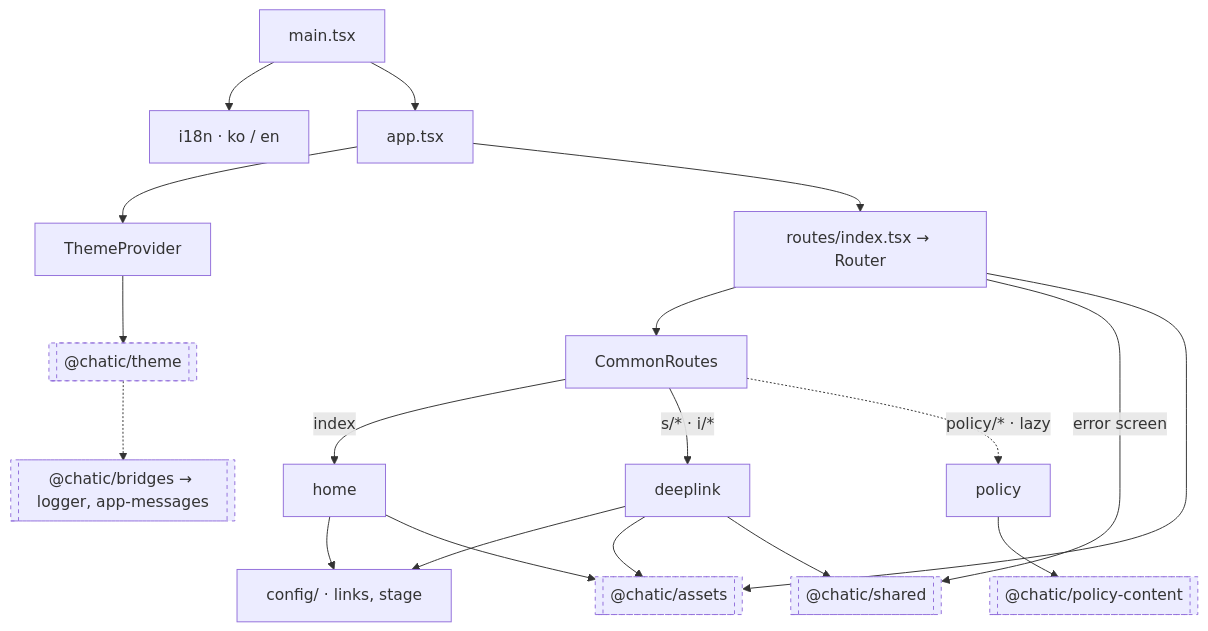
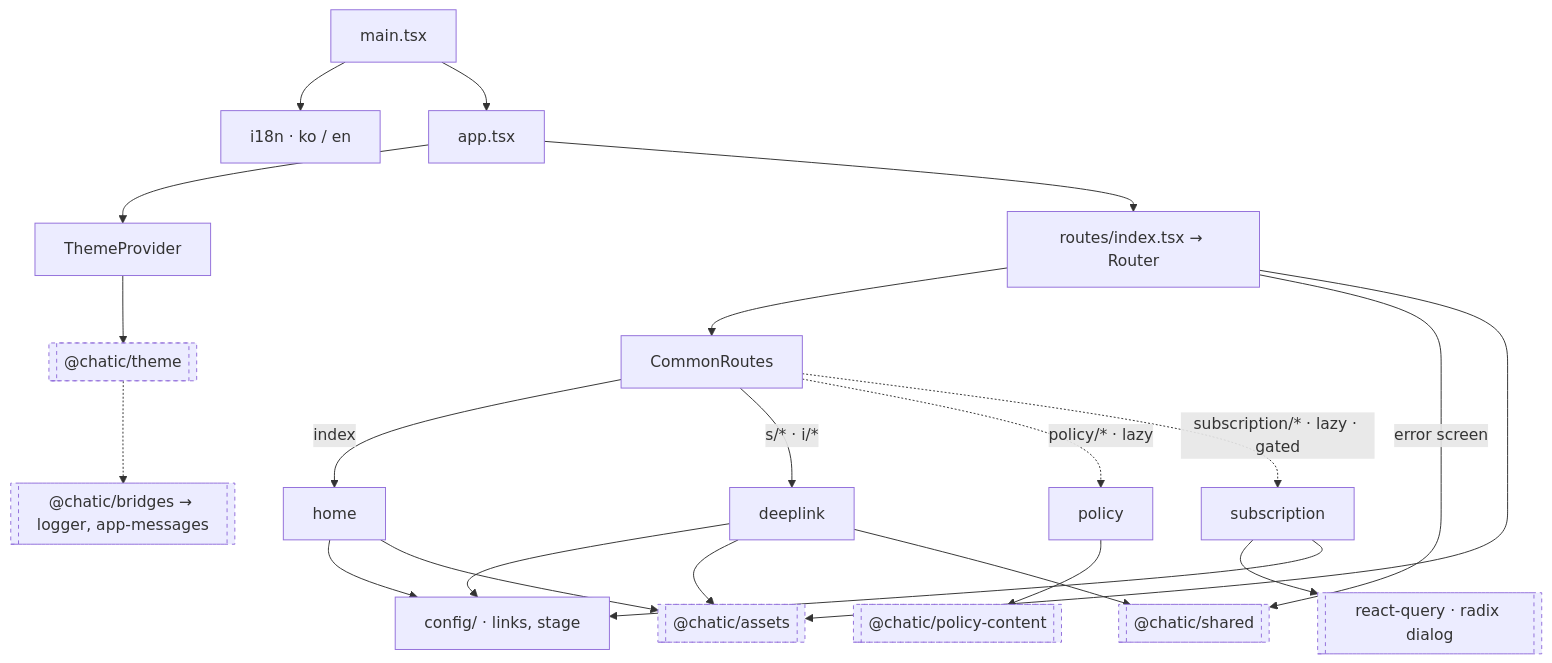
One commit to lemoncloud-io/dou-app changed the diagram in apps/landing/README.md. Above: the diagram before and after it, drawn with Mermaid. The commit also changed other lines of this file and 102 other files, not shown here.

````diff
--- a/apps/landing/README.md
+++ b/apps/landing/README.md
@@ -88,24 +127,27 @@
 ```mermaid
 flowchart TD
     main[main.tsx] --> i18n[i18n · ko / en]
     main --> App[app.tsx]
     App --> TP[ThemeProvider]
     App --> R[routes/index.tsx → Router]
     R --> CR[CommonRoutes]
     R -->|error screen| SH[["@chatic/shared"]]
     R --> AS
     CR -->|index| HO[home]
     CR -->|s/* · i/*| DL[deeplink]
     CR -.->|policy/* · lazy| PO[policy]
+    CR -.->|subscription/* · lazy · gated| SU[subscription]
+    SU --> RQ[[react-query · radix dialog]]
+    SU --> CFG
     HO --> CFG[config/ · links, stage]
     DL --> CFG
     PO --> PC[["@chatic/policy-content"]]
     TP --> TH[["@chatic/theme"]]
     HO --> AS[["@chatic/assets"]]
     DL --> AS
     DL --> SH
     TH -.-> BR[["@chatic/bridges → logger, app-messages"]]
 
     classDef ext stroke-dasharray: 4 4;
-    class PC,TH,AS,SH,BR ext;
+    class PC,TH,AS,SH,BR,RQ ext;
 ```
````
